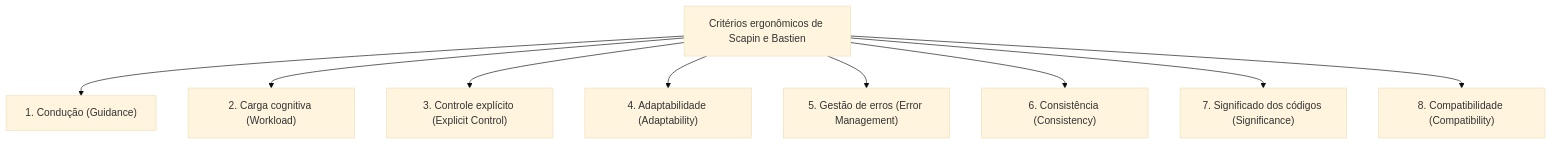
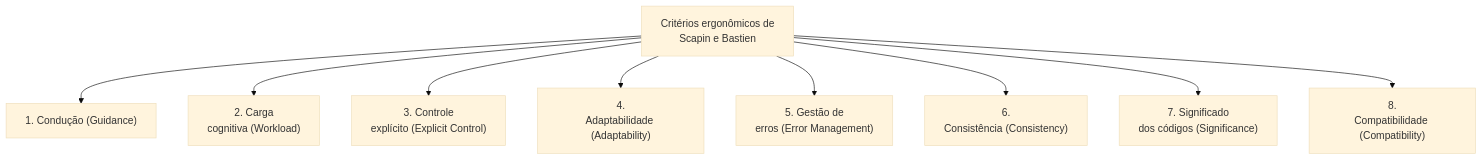
Before and after one commit to leorruas/puc: the first of 3 diagrams in 08. Design de Interacao/15. Componentes e recomendações ergonômicas em sistemas interativos.md, drawn with Mermaid (base theme). The commit also changed other lines of this file and 16 other files, not shown here.

Commit message:
style(mermaid): comprehensive audit and optimization of 45 Mermaid blocks across all 22 topic notes

````diff
--- a/08. Design de Interacao/15. Componentes e recomendações ergonômicas em sistemas interativos.md
+++ b/08. Design de Interacao/15. Componentes e recomendações ergonômicas em sistemas interativos.md
@@ -39,11 +39,11 @@
 ```mermaid
 graph TD
-    Critérios["Critérios ergonômicos de Scapin e Bastien"] --> C1["1. Condução (Guidance)"]
-    Critérios --> C2["2. Carga cognitiva (Workload)"]
-    Critérios --> C3["3. Controle explícito (Explicit Control)"]
-    Critérios --> C4["4. Adaptabilidade (Adaptability)"]
-    Critérios --> C5["5. Gestão de erros (Error Management)"]
-    Critérios --> C6["6. Consistência (Consistency)"]
-    Critérios --> C7["7. Significado dos códigos (Significance)"]
-    Critérios --> C8["8. Compatibilidade (Compatibility)"]
+    Critérios["Critérios ergonômicos de<br>Scapin e Bastien"] --> C1["1. Condução (Guidance)"]
+    Critérios --> C2["2. Carga<br>cognitiva (Workload)"]
+    Critérios --> C3["3. Controle<br>explícito (Explicit Control)"]
+    Critérios --> C4["4.<br>Adaptabilidade (Adaptability)"]
+    Critérios --> C5["5. Gestão de<br>erros (Error Management)"]
+    Critérios --> C6["6.<br>Consistência (Consistency)"]
+    Critérios --> C7["7. Significado<br>dos códigos (Significance)"]
+    Critérios --> C8["8.<br>Compatibilidade (Compatibility)"]
 ```
````
